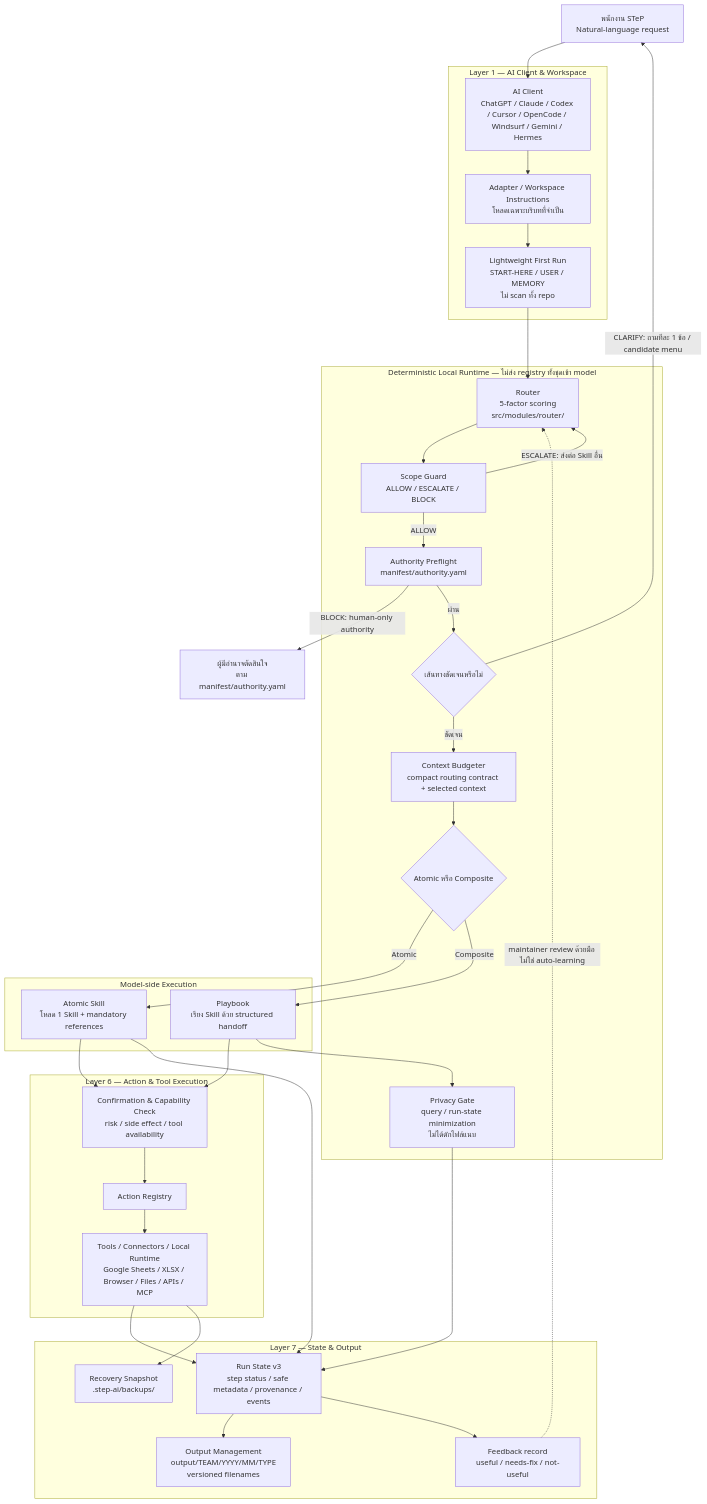
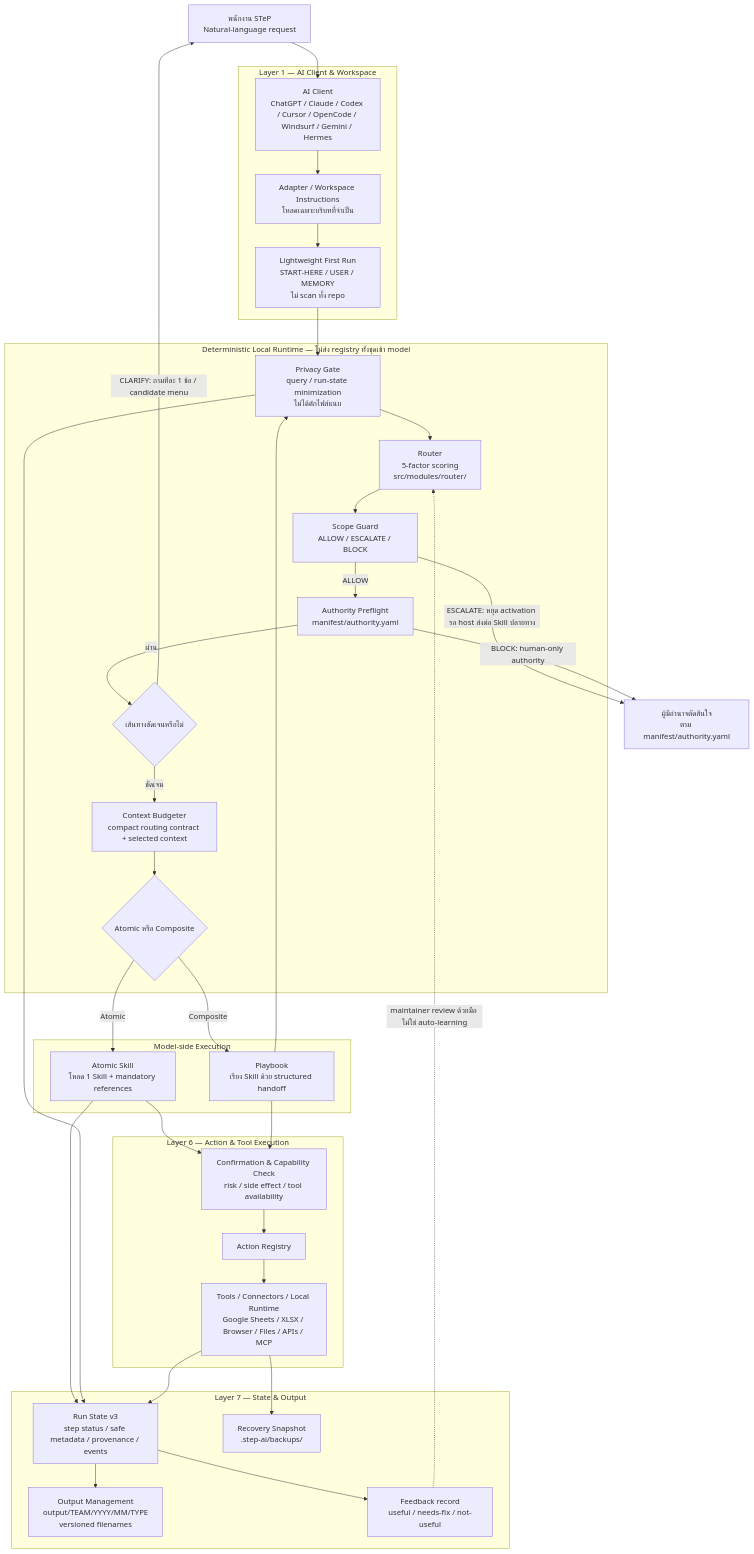
The first of 2 diagrams in docs/architecture.md (iisara555/STeP-AI-Harness), drawn with Mermaid before and after one commit. The commit also changed other lines of this file and 8 other files, not shown here.

```diff
--- a/docs/architecture.md
+++ b/docs/architecture.md
@@ -18,67 +18,68 @@
 ~~~mermaid
 flowchart TB
 
     U["พนักงาน STeP<br/>Natural-language request"]
     HUMAN["ผู้มีอำนาจตัดสินใจ<br/>ตาม manifest/authority.yaml"]
 
     subgraph C1["Layer 1 — AI Client & Workspace"]
       AI["AI Client<br/>ChatGPT / Claude / Codex / Cursor / OpenCode / Windsurf / Gemini / Hermes"]
       AD["Adapter / Workspace Instructions<br/>โหลดเฉพาะบริบทที่จำเป็น"]
       FR["Lightweight First Run<br/>START-HERE / USER / MEMORY<br/>ไม่ scan ทั้ง repo"]
     end
 
     subgraph DET["Deterministic Local Runtime — ไม่ส่ง registry ทั้งชุดเข้า model"]
       PG["Privacy Gate<br/>query / run-state minimization<br/>ไม่ได้ดักไฟล์แนบ"]
       RT["Router<br/>5-factor scoring<br/>src/modules/router/"]
       SG["Scope Guard<br/>ALLOW / ESCALATE / BLOCK"]
       AP["Authority Preflight<br/>manifest/authority.yaml"]
       CLR{"เส้นทางชัดเจนหรือไม่"}
       CB["Context Budgeter<br/>compact routing contract + selected context"]
       SEL{"Atomic หรือ Composite"}
     end
 
     subgraph MDL["Model-side Execution"]
       SK["Atomic Skill<br/>โหลด 1 Skill + mandatory references"]
       PB["Playbook<br/>เรียง Skill ด้วย structured handoff"]
     end
 
     subgraph C6["Layer 6 — Action & Tool Execution"]
       GATE["Confirmation & Capability Check<br/>risk / side effect / tool availability"]
       AR["Action Registry"]
       TOOL["Tools / Connectors / Local Runtime<br/>Google Sheets / XLSX / Browser / Files / APIs / MCP"]
     end
 
     subgraph C7["Layer 7 — State & Output"]
       RS["Run State v3<br/>step status / safe metadata / provenance / events"]
       OUT["Output Management<br/>output/TEAM/YYYY/MM/TYPE<br/>versioned filenames"]
       RC["Recovery Snapshot<br/>.step-ai/backups/"]
       FB["Feedback record<br/>useful / needs-fix / not-useful"]
     end
 
     U --> AI
     AI --> AD
     AD --> FR
-    FR --> RT
+    FR --> PG
+    PG --> RT
     RT --> SG
     SG -->|ALLOW| AP
-    SG -->|"ESCALATE: ส่งต่อ Skill อื่น"| RT
+    SG -->|"ESCALATE: หยุด activation รอ host ส่งต่อ Skill ปลายทาง"| HUMAN
     AP -->|"BLOCK: human-only authority"| HUMAN
     AP -->|ผ่าน| CLR
     CLR -->|"CLARIFY: ถามทีละ 1 ข้อ / candidate menu"| U
     CLR -->|ชัดเจน| CB
     CB --> SEL
     SEL -->|Atomic| SK
     SEL -->|Composite| PB
     SK --> GATE
     PB --> GATE
     GATE --> AR
     AR --> TOOL
     SK --> RS
     PB --> PG
     PG --> RS
     TOOL --> RS
     TOOL --> RC
     RS --> OUT
     RS --> FB
     FB -.->|"maintainer review ด้วยมือ ไม่ใช่ auto-learning"| RT
 ~~~
```
